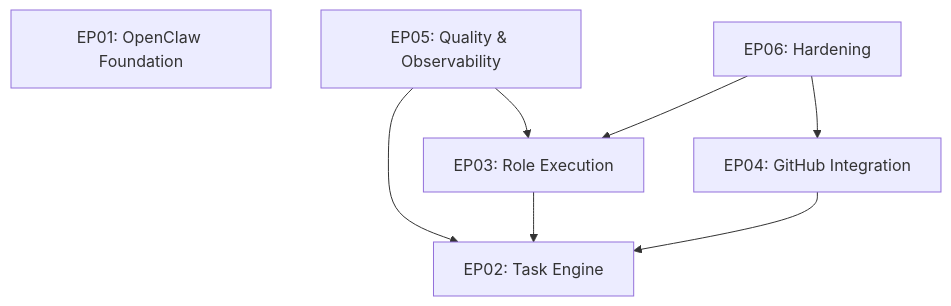
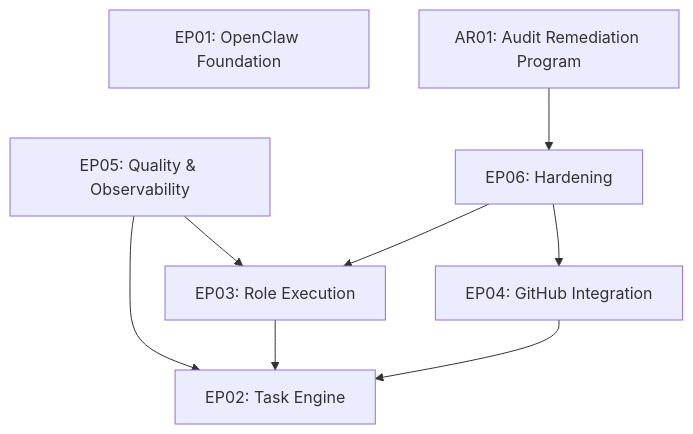
Before and after one commit to Monkey-D-Luisi/vibe-flow: the diagram in docs/roadmap.md, drawn with Mermaid. The commit also changed other lines of this file and 6 other files, not shown here.

````diff
--- a/docs/roadmap.md
+++ b/docs/roadmap.md
@@ -132,11 +151,12 @@
 ```mermaid
 graph TD
   EP01[EP01: OpenClaw Foundation]
   EP02[EP02: Task Engine]
   EP03[EP03: Role Execution] --> EP02
   EP04[EP04: GitHub Integration] --> EP02
   EP05[EP05: Quality & Observability] --> EP02
   EP05 --> EP03
   EP06[EP06: Hardening] --> EP03
   EP06 --> EP04
+  AR01[AR01: Audit Remediation Program] --> EP06
 ```
````
